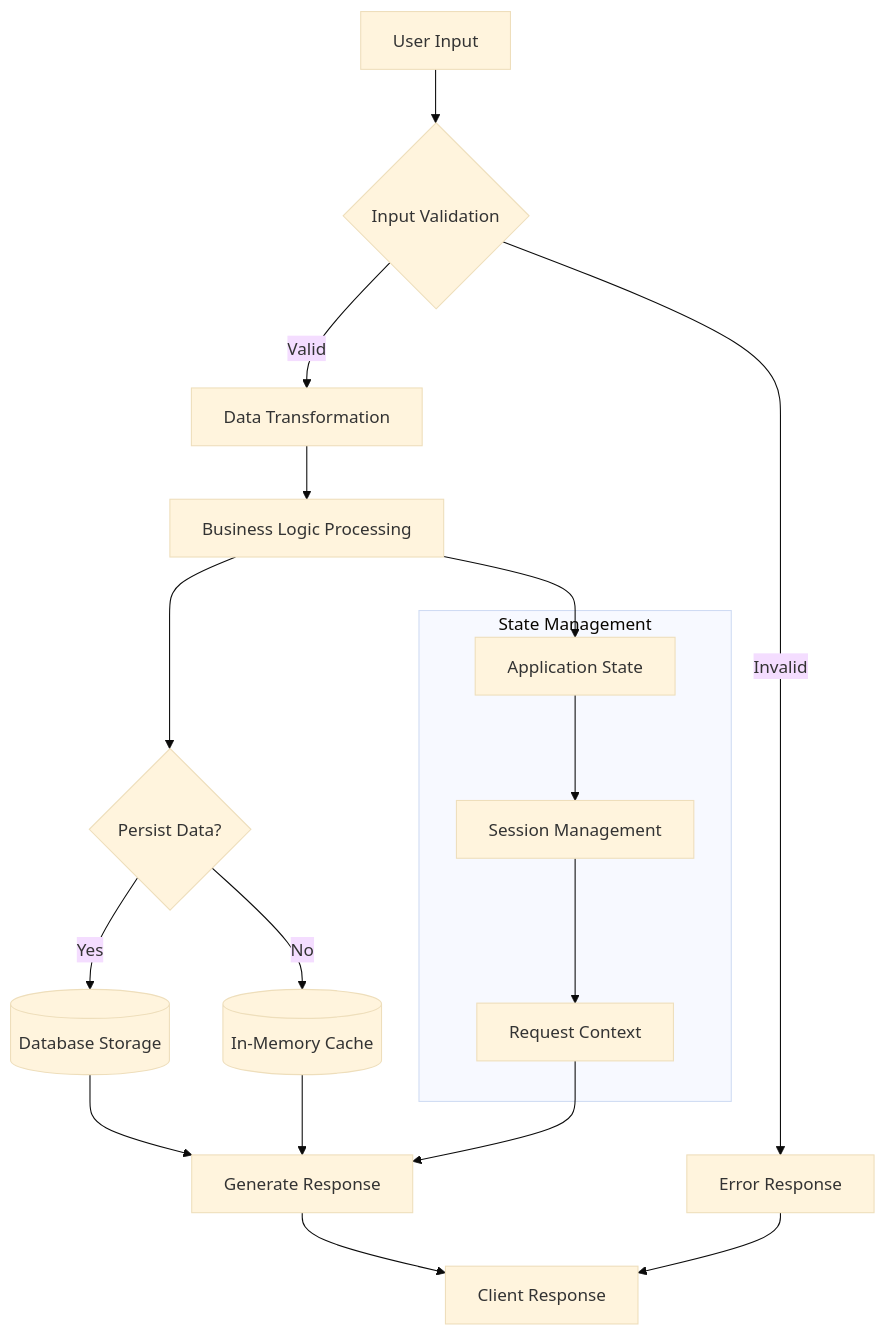
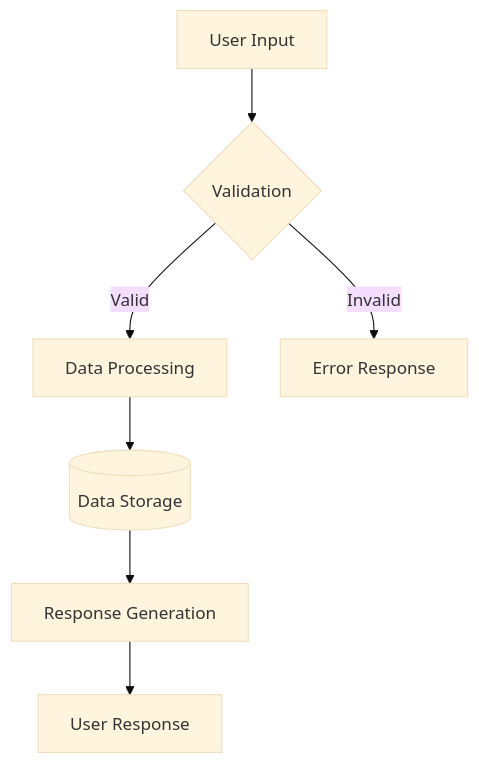
Before and after one commit to xincheng213618/OpenDeepWiki: the fourth of 7 diagrams in src/KoalaWiki/Prompts/Warehouse/GenerateDocs.md, drawn with Mermaid (base theme). The commit also changed other lines of this file and 66 other files, not shown here.

````diff
--- a/src/KoalaWiki/Prompts/Warehouse/GenerateDocs.md
+++ b/src/KoalaWiki/Prompts/Warehouse/GenerateDocs.md
@@ -256,25 +242,9 @@
 ```mermaid
 flowchart TD
-    INPUT[User Input] --> VALIDATE{Input Validation}
-    VALIDATE -->|Valid| TRANSFORM[Data Transformation]
-    VALIDATE -->|Invalid| ERROR[Error Response]
-    TRANSFORM --> BUSINESS[Business Logic Processing]
-    BUSINESS --> PERSIST{Persist Data?}
-    PERSIST -->|Yes| DATABASE[(Database Storage)]
-    PERSIST -->|No| CACHE[(In-Memory Cache)]
-    DATABASE --> RESPONSE[Generate Response]
-    CACHE --> RESPONSE
-    RESPONSE --> OUTPUT[Client Response]
-    ERROR --> OUTPUT
-    
-    subgraph "State Management"
-        STATE[Application State]
-        SESSION[Session Management]
-        CONTEXT[Request Context]
-    end
-    
-    BUSINESS --> STATE
-    STATE --> SESSION
-    SESSION --> CONTEXT
-    CONTEXT --> RESPONSE
+    Input[User Input] --> Validation{Validation}
+    Validation -->|Valid| Processing[Data Processing]
+    Validation -->|Invalid| Error[Error Response]
+    Processing --> Storage[(Data Storage)]
+    Storage --> Output[Response Generation]
+    Output --> User[User Response]
 ```
````
